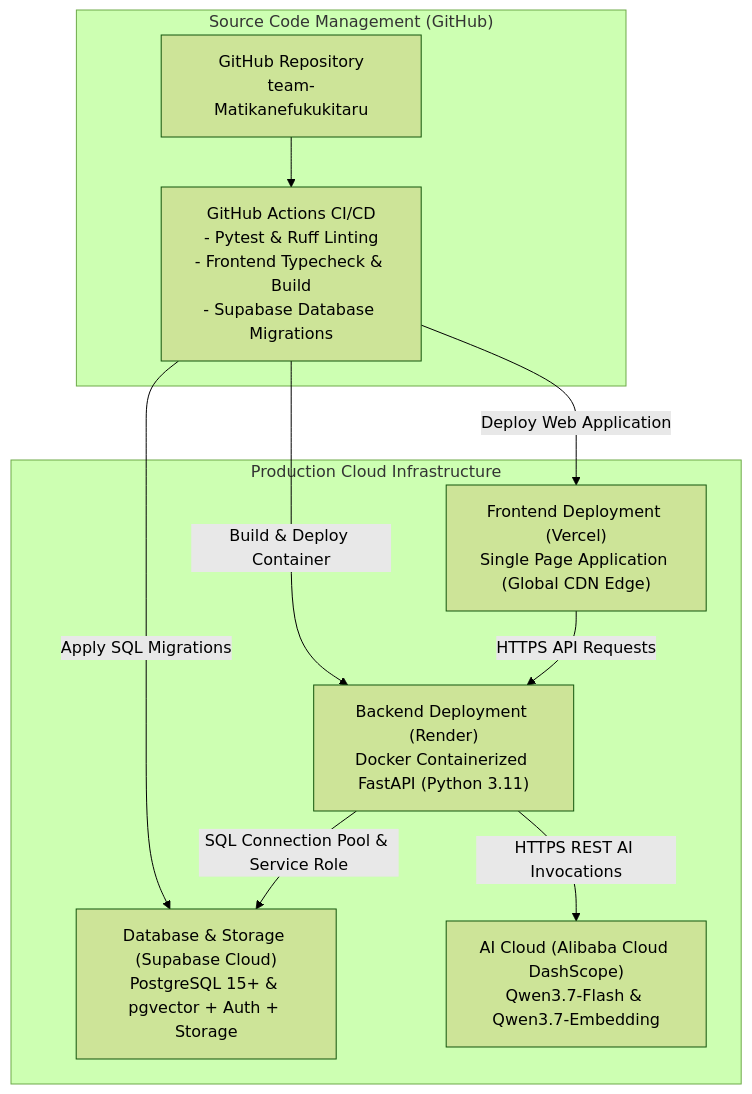
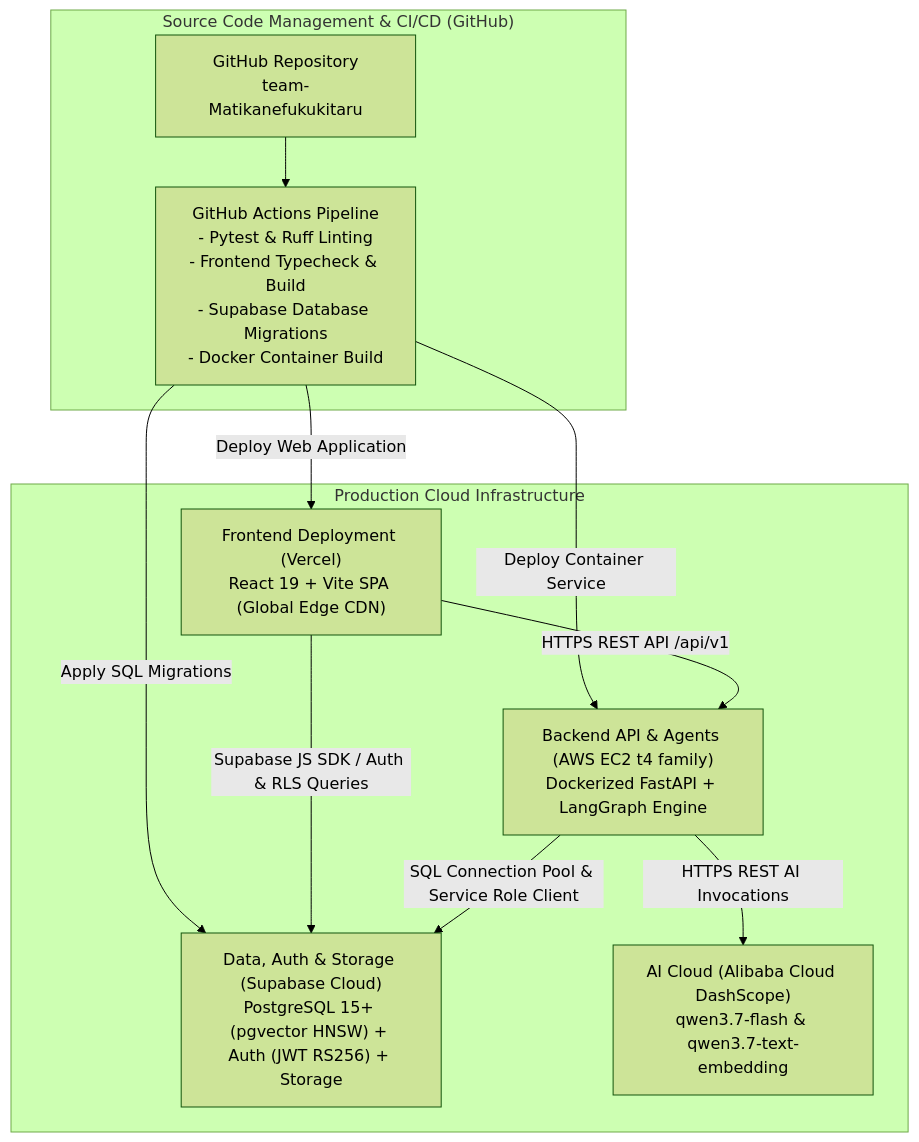
One commit to linhnguyenviet030704-oss/T099 changed diagram 13 of 13 in reports/system_analysis_and_design_report.md. Above: the diagram before and after it, drawn with Mermaid (forest theme). The commit also changed other lines of this file and 11 other files, not shown here.

First line of the commit message:
feat: cập nhật số liệu landing page động và cấu hình CI/CD deploy ECR lên EC2

````diff
--- a/reports/system_analysis_and_design_report.md
+++ b/reports/system_analysis_and_design_report.md
@@ -1032,23 +1032,24 @@
 ```mermaid
 graph TB
-    subgraph VCS ["Source Code Management (GitHub)"]
+    subgraph VCS ["Source Code Management & CI/CD (GitHub)"]
         Repo["GitHub Repository<br/>team-Matikanefukukitaru"]
-        Actions["GitHub Actions CI/CD<br/>- Pytest & Ruff Linting<br/>- Frontend Typecheck & Build<br/>- Supabase Database Migrations"]
+        Actions["GitHub Actions Pipeline<br/>- Pytest & Ruff Linting<br/>- Frontend Typecheck & Build<br/>- Supabase Database Migrations<br/>- Docker Container Build"]
     end
 
     subgraph ProductionInfra ["Production Cloud Infrastructure"]
-        Vercel["Frontend Deployment (Vercel)<br/>Single Page Application (Global CDN Edge)"]
-        Render["Backend Deployment (Render)<br/>Docker Containerized FastAPI (Python 3.11)"]
-        SupabaseCloud["Database & Storage (Supabase Cloud)<br/>PostgreSQL 15+ & pgvector + Auth + Storage"]
-        DashScopeCloud["AI Cloud (Alibaba Cloud DashScope)<br/>Qwen3.7-Flash & Qwen3.7-Embedding"]
+        Vercel["Frontend Deployment (Vercel)<br/>React 19 + Vite SPA (Global Edge CDN)"]
+        EC2["Backend API & Agents (AWS EC2 t4 family)<br/>Dockerized FastAPI + LangGraph Engine"]
+        SupabaseCloud["Data, Auth & Storage (Supabase Cloud)<br/>PostgreSQL 15+ (pgvector HNSW) + Auth (JWT RS256) + Storage"]
+        DashScopeCloud["AI Cloud (Alibaba Cloud DashScope)<br/>qwen3.7-flash & qwen3.7-text-embedding"]
     end
 
     Repo --> Actions
     Actions -->|Deploy Web Application| Vercel
-    Actions -->|Build & Deploy Container| Render
+    Actions -->|Deploy Container Service| EC2
     Actions -->|Apply SQL Migrations| SupabaseCloud
     
-    Vercel -->|HTTPS API Requests| Render
-    Render -->|SQL Connection Pool & Service Role| SupabaseCloud
-    Render -->|HTTPS REST AI Invocations| DashScopeCloud
+    Vercel -->|HTTPS REST API /api/v1| EC2
+    Vercel -->|Supabase JS SDK / Auth & RLS Queries| SupabaseCloud
+    EC2 -->|SQL Connection Pool & Service Role Client| SupabaseCloud
+    EC2 -->|HTTPS REST AI Invocations| DashScopeCloud
 ```
````
